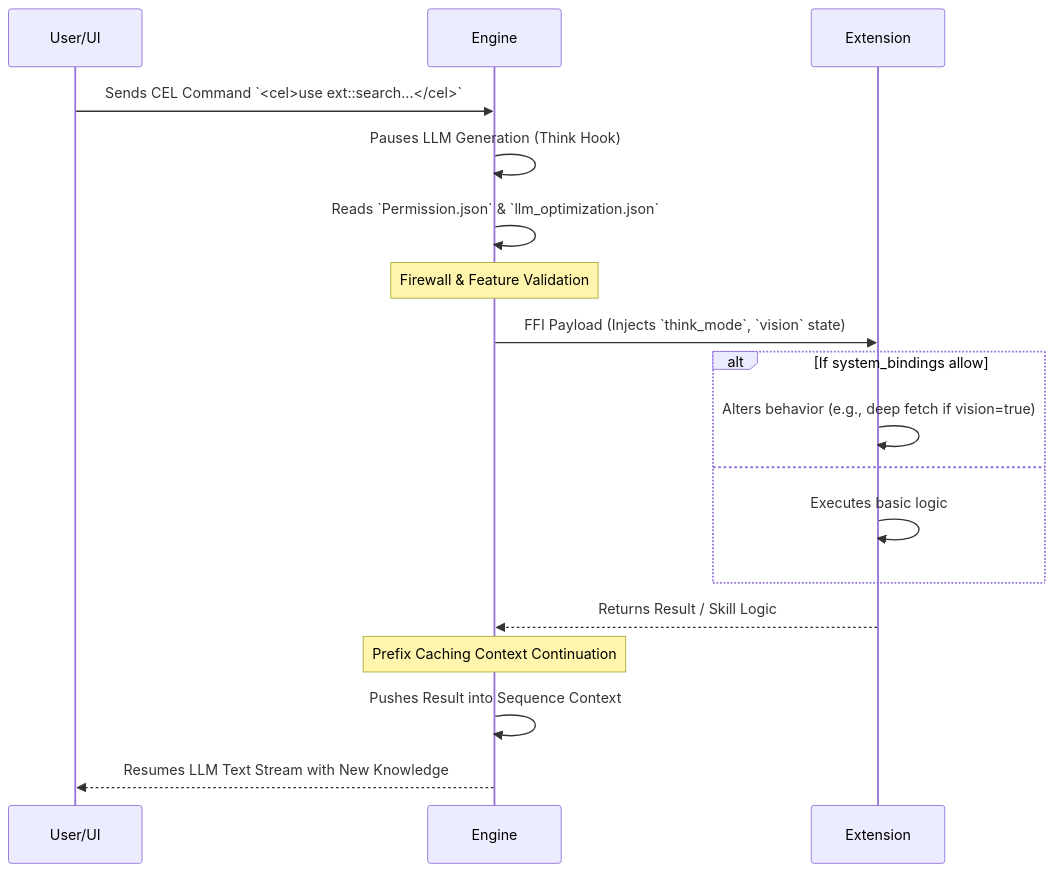
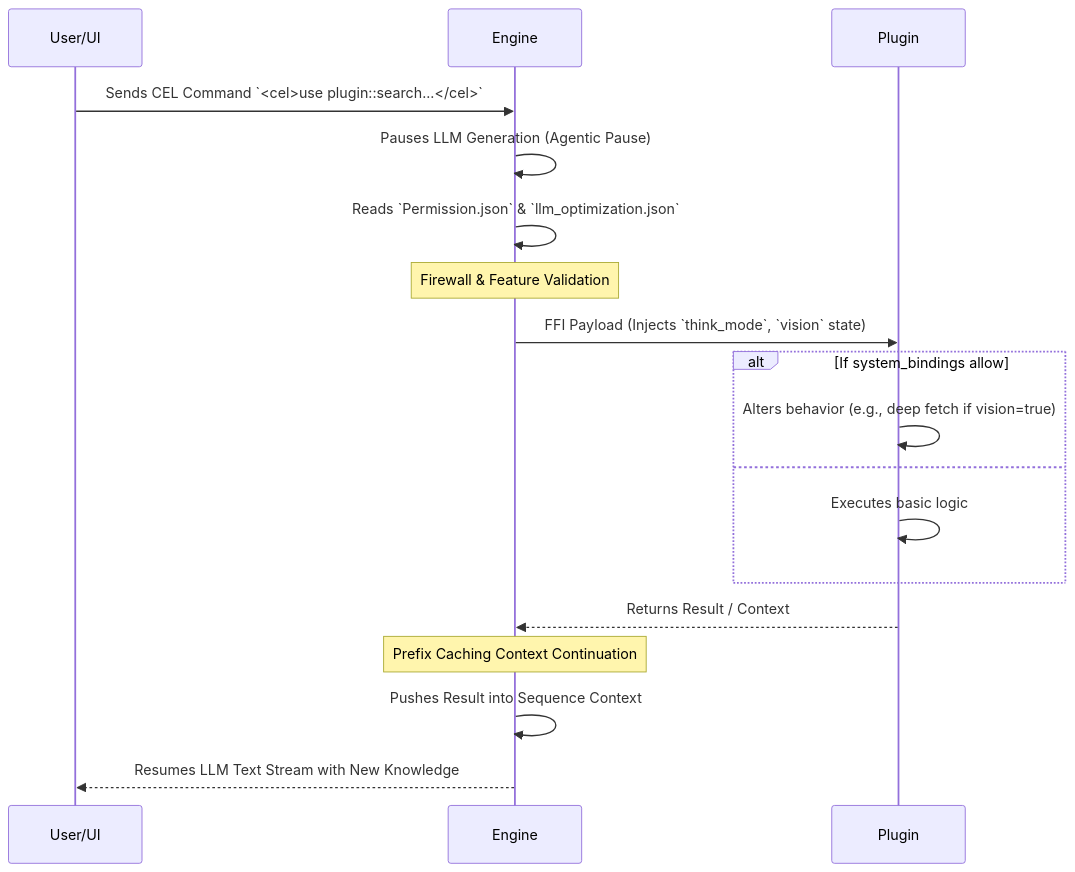
The diagram in docs/engine/permission.md (ayan-kushwaha/Cluaiz-), drawn with Mermaid before and after one commit. The commit also changed other lines of this file and 109 other files, not shown here.

````diff
--- a/docs/engine/permission.md
+++ b/docs/engine/permission.md
@@ -32,27 +32,27 @@
 ```mermaid
 sequenceDiagram
     participant User/UI
     participant Engine
-    participant Extension
+    participant Plugin
     
-    User/UI->>Engine: Sends CEL Command `<cel>use ext::search...</cel>`
-    Engine->>Engine: Pauses LLM Generation (Think Hook)
+    User/UI->>Engine: Sends CEL Command `<cel>use plugin::search...</cel>`
+    Engine->>Engine: Pauses LLM Generation (Agentic Pause)
     Engine->>Engine: Reads `Permission.json` & `llm_optimization.json`
     
     Note over Engine: Firewall & Feature Validation
     
-    Engine->>Extension: FFI Payload (Injects `think_mode`, `vision` state)
+    Engine->>Plugin: FFI Payload (Injects `think_mode`, `vision` state)
     
     alt If system_bindings allow
-        Extension->>Extension: Alters behavior (e.g., deep fetch if vision=true)
+        Plugin->>Plugin: Alters behavior (e.g., deep fetch if vision=true)
     else
-        Extension->>Extension: Executes basic logic
+        Plugin->>Plugin: Executes basic logic
     end
     
-    Extension-->>Engine: Returns Result / Skill Logic
+    Plugin-->>Engine: Returns Result / Context
     
     Note over Engine: Prefix Caching Context Continuation
     
     Engine->>Engine: Pushes Result into Sequence Context
     Engine-->>User/UI: Resumes LLM Text Stream with New Knowledge
 ```
````
